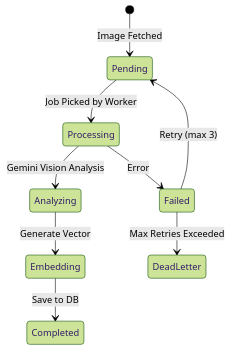
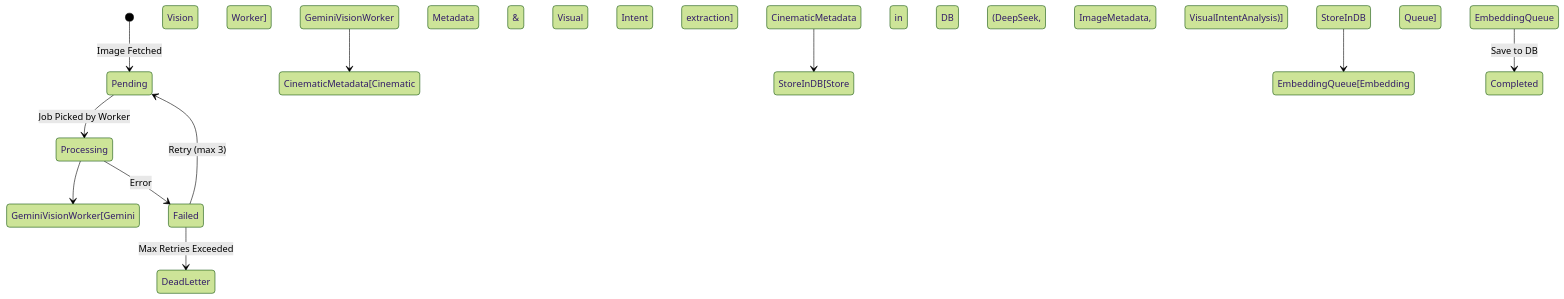
One commit to virachai/vision-iq changed the third of 4 diagrams in docs/date_20260214/flow.md. Above: the diagram before and after it, drawn with Mermaid (forest theme). The commit also changed other lines of this file and 8 other files, not shown here.

Commit message:
🎞️ New Feature: Visual Intent Analysis

````diff
--- a/docs/date_20260214/flow.md
+++ b/docs/date_20260214/flow.md
@@ -69,12 +69,14 @@
 ```mermaid
 stateDiagram-v2
     [*] --> Pending: Image Fetched
     Pending --> Processing: Job Picked by Worker
-    Processing --> Analyzing: Gemini Vision Analysis
-    Analyzing --> Embedding: Generate Vector
-    Embedding --> Completed: Save to DB
+    Processing --> GeminiVisionWorker[Gemini Vision Worker]
+    GeminiVisionWorker --> CinematicMetadata[Cinematic Metadata & Visual Intent extraction]
+    CinematicMetadata --> StoreInDB[Store in DB (DeepSeek, ImageMetadata, VisualIntentAnalysis)]
+    StoreInDB --> EmbeddingQueue[Embedding Queue]
+    EmbeddingQueue --> Completed: Save to DB
 
     Processing --> Failed: Error
     Failed --> Pending: Retry (max 3)
     Failed --> DeadLetter: Max Retries Exceeded
 ```
````
